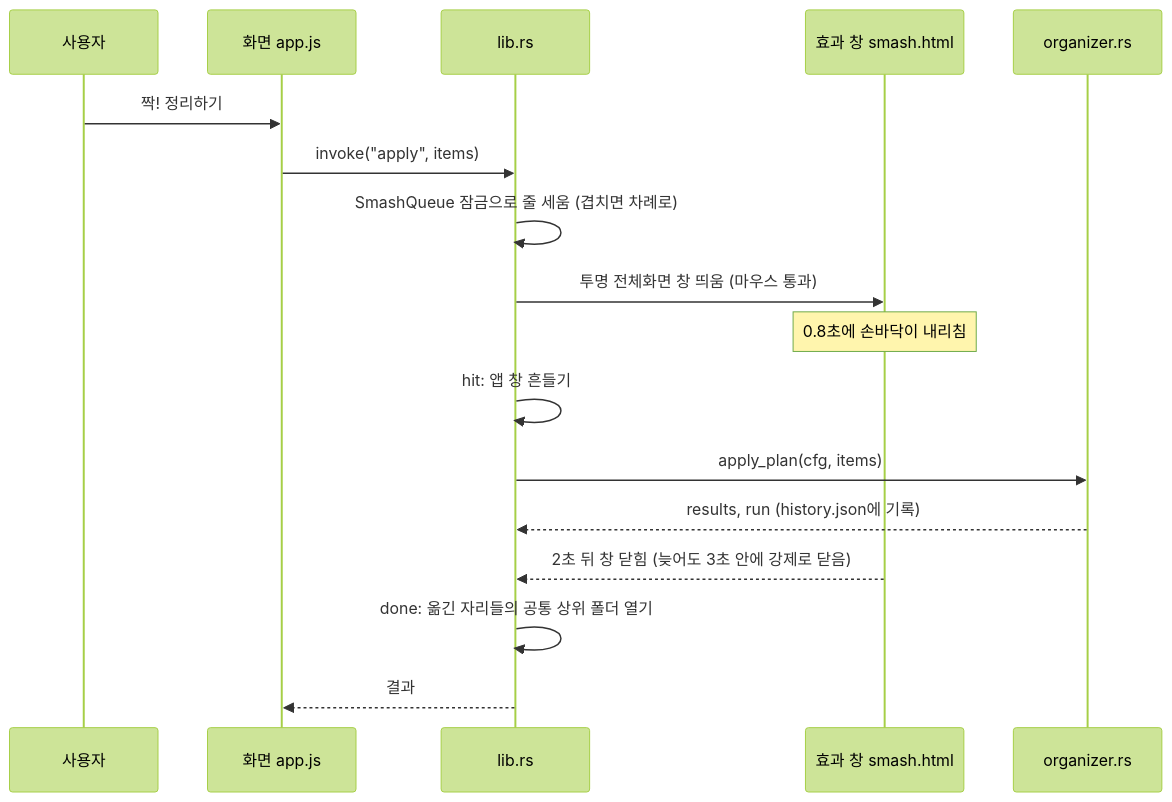
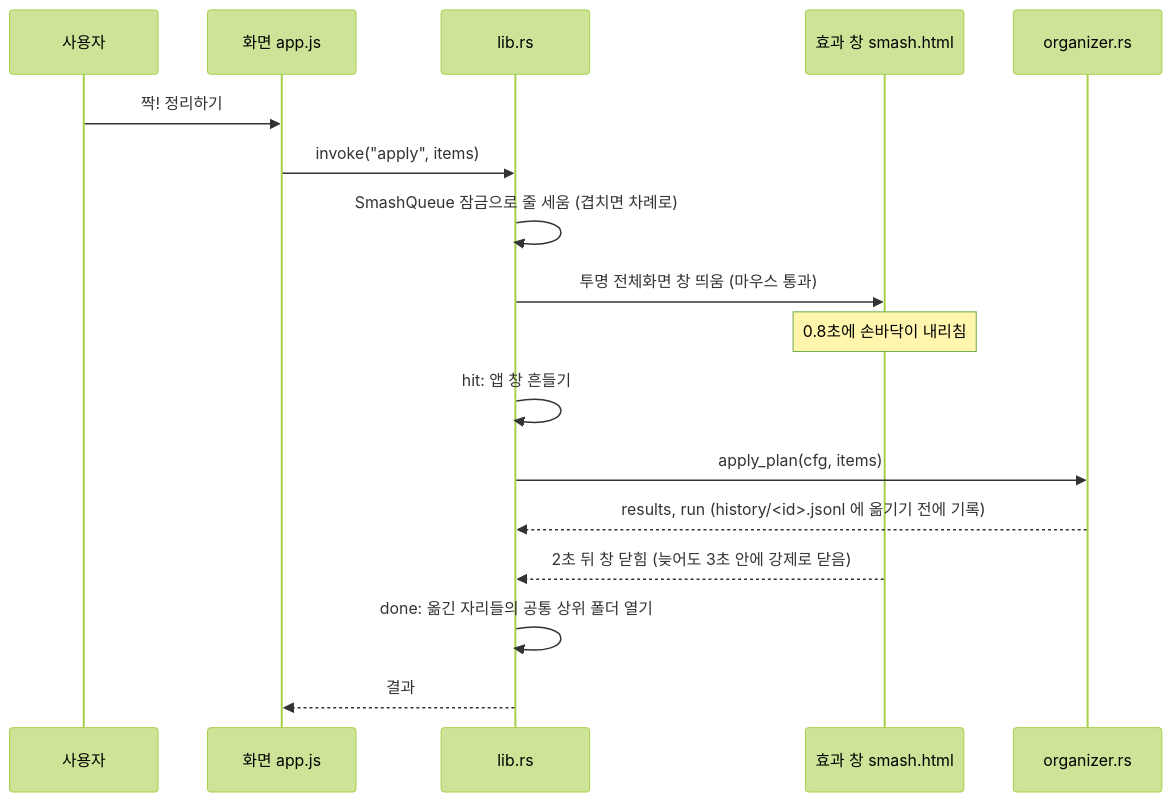
One commit to ESeungJun/smash changed the first of 6 diagrams in docs/구현도.md. Above: the diagram before and after it, drawn with Mermaid (forest theme). The commit also changed other lines of this file and 5 other files, not shown here.

````diff
--- a/docs/구현도.md
+++ b/docs/구현도.md
@@ -48,19 +51,19 @@
 ```mermaid
 sequenceDiagram
   participant U as 사용자
   participant R as 화면 app.js
   participant M as lib.rs
   participant FX as 효과 창 smash.html
   participant O as organizer.rs
   U->>R: 짝! 정리하기
   R->>M: invoke("apply", items)
   M->>M: SmashQueue 잠금으로 줄 세움 (겹치면 차례로)
   M->>FX: 투명 전체화면 창 띄움 (마우스 통과)
   Note over FX: 0.8초에 손바닥이 내리침
   M->>M: hit: 앱 창 흔들기
   M->>O: apply_plan(cfg, items)
-  O-->>M: results, run (history.json에 기록)
+  O-->>M: results, run (history/<id>.jsonl 에 옮기기 전에 기록)
   FX-->>M: 2초 뒤 창 닫힘 (늦어도 3초 안에 강제로 닫음)
   M->>M: done: 옮긴 자리들의 공통 상위 폴더 열기
   M-->>R: 결과
 ```
````
